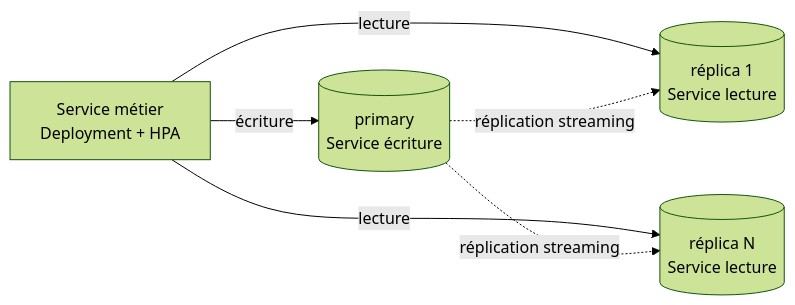
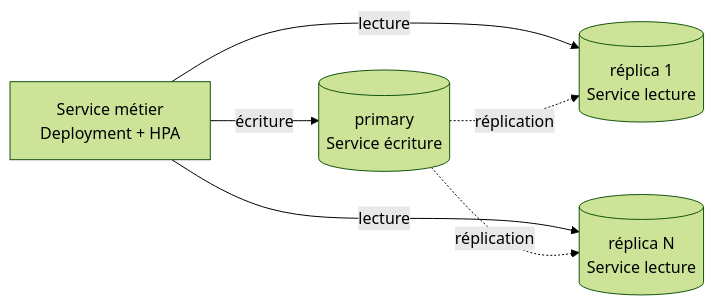
One commit to LagonaDeck/lagonadeck changed the third of 4 diagrams in docs/diagrams/infrastructure.md. Above: the diagram before and after it, drawn with Mermaid (forest theme). The commit also changed other lines of this file and 4 other files, not shown here.

First line of the commit message:
docs(architecture): corrige les retours de review sur la PR #67

````diff
--- a/docs/diagrams/infrastructure.md
+++ b/docs/diagrams/infrastructure.md
@@ -168,8 +173,8 @@
 ```mermaid
 flowchart LR
   S[Service métier\nDeployment + HPA] -->|écriture| P[(primary\nService écriture)]
   S -->|lecture| R1[(réplica 1\nService lecture)]
   S -->|lecture| R2[(réplica N\nService lecture)]
-  P -. réplication streaming .-> R1
-  P -. réplication streaming .-> R2
+  P -. réplication .-> R1
+  P -. réplication .-> R2
 ```
````
